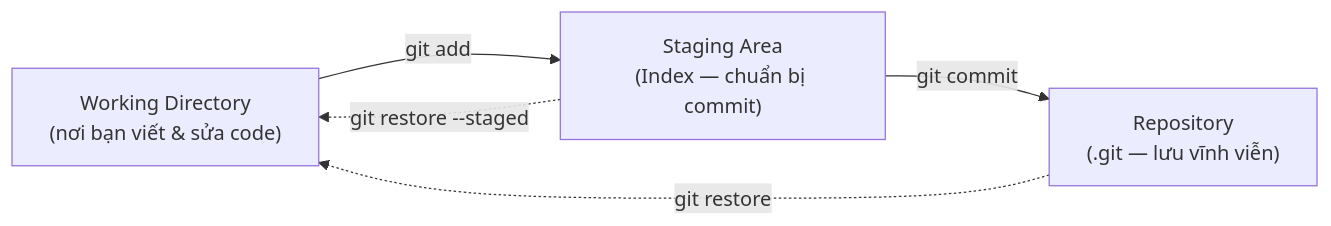
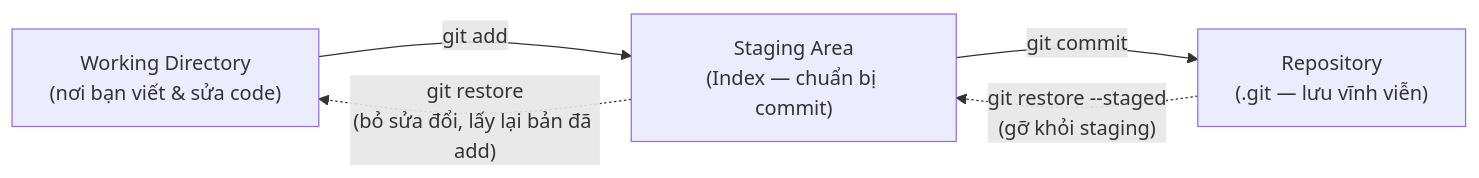
One commit to OliverDoan/docusaurus changed the first of 11 diagrams in docs/git/nen-tang/3_khai-niem-co-ban.md. Above: the diagram before and after it, drawn with Mermaid. The commit also changed other lines of this file and 23 other files, not shown here.

````diff
--- a/docs/git/nen-tang/3_khai-niem-co-ban.md
+++ b/docs/git/nen-tang/3_khai-niem-co-ban.md
@@ -109,7 +109,7 @@
 ```mermaid
 flowchart LR
     WD["Working Directory<br/>(nơi bạn viết & sửa code)"] -->|"git add"| SA["Staging Area<br/>(Index — chuẩn bị commit)"]
     SA -->|"git commit"| REPO["Repository<br/>(.git — lưu vĩnh viễn)"]
-    SA -.->|"git restore --staged"| WD
-    REPO -.->|"git restore"| WD
+    SA -.->|"git restore<br/>(bỏ sửa đổi, lấy lại bản đã add)"| WD
+    REPO -.->|"git restore --staged<br/>(gỡ khỏi staging)"| SA
 ```
````
